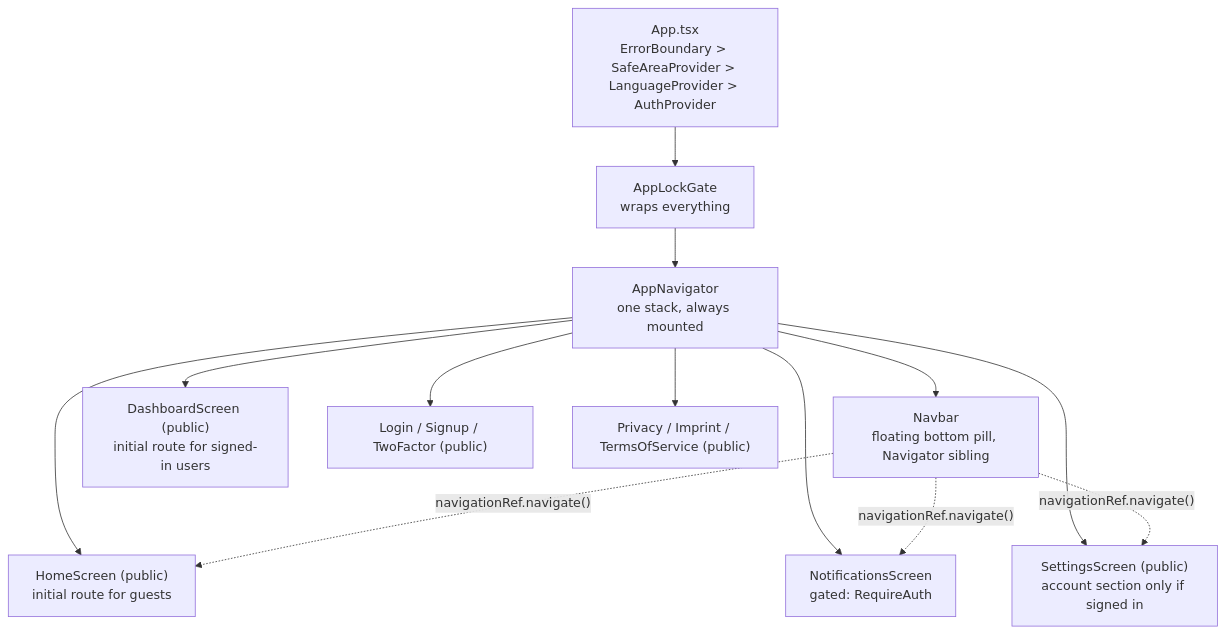
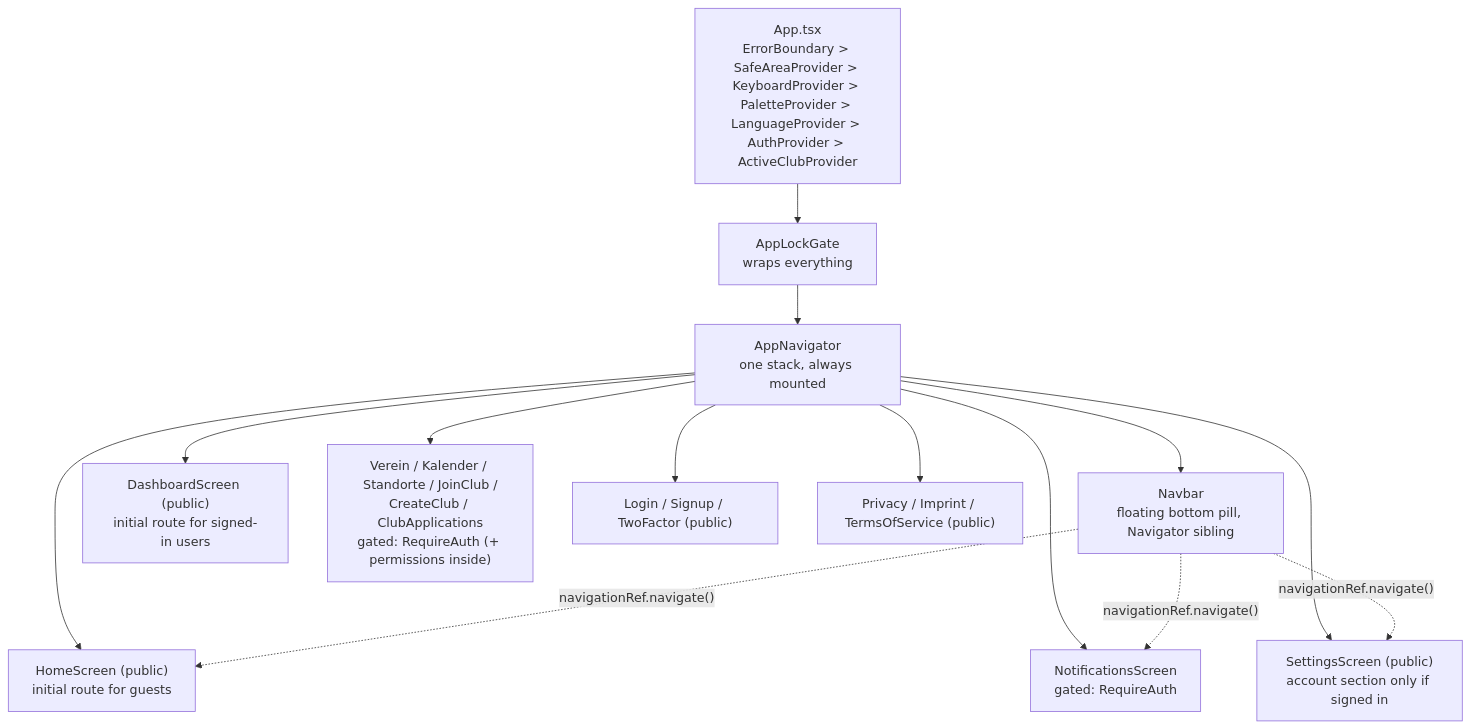
Before and after one commit to makers-ev/myverein-mobile: the first of 2 diagrams in README.md, drawn with Mermaid. The commit also changed other lines of this file, not shown here.

````diff
--- a/README.md
+++ b/README.md
@@ -49,26 +49,28 @@
 ```mermaid
 flowchart TD
-    App["App.tsx\nErrorBoundary > SafeAreaProvider > LanguageProvider > AuthProvider"]
+    App["App.tsx\nErrorBoundary > SafeAreaProvider > KeyboardProvider > PaletteProvider > LanguageProvider > AuthProvider > ActiveClubProvider"]
     Lock["AppLockGate\nwraps everything"]
     Nav["AppNavigator\none stack, always mounted"]
     Bar["Navbar\nfloating bottom pill, Navigator sibling"]
     Home["HomeScreen (public)\ninitial route for guests"]
     Dash["DashboardScreen (public)\ninitial route for signed-in users"]
     Notif["NotificationsScreen\ngated: RequireAuth"]
+    Club["Verein / Kalender / Standorte / JoinClub /\nCreateClub / ClubApplications\ngated: RequireAuth (+ permissions inside)"]
     Login["Login / Signup / TwoFactor (public)"]
     Settings["SettingsScreen (public)\naccount section only if signed in"]
     Legal["Privacy / Imprint / TermsOfService (public)"]
 
     App --> Lock
     Lock --> Nav
     Nav --> Bar
     Nav --> Home
     Nav --> Dash
     Nav --> Notif
+    Nav --> Club
     Nav --> Login
     Nav --> Settings
     Nav --> Legal
     Bar -.->|"navigationRef.navigate()"| Home
     Bar -.->|"navigationRef.navigate()"| Notif
     Bar -.->|"navigationRef.navigate()"| Settings
 ```
````
